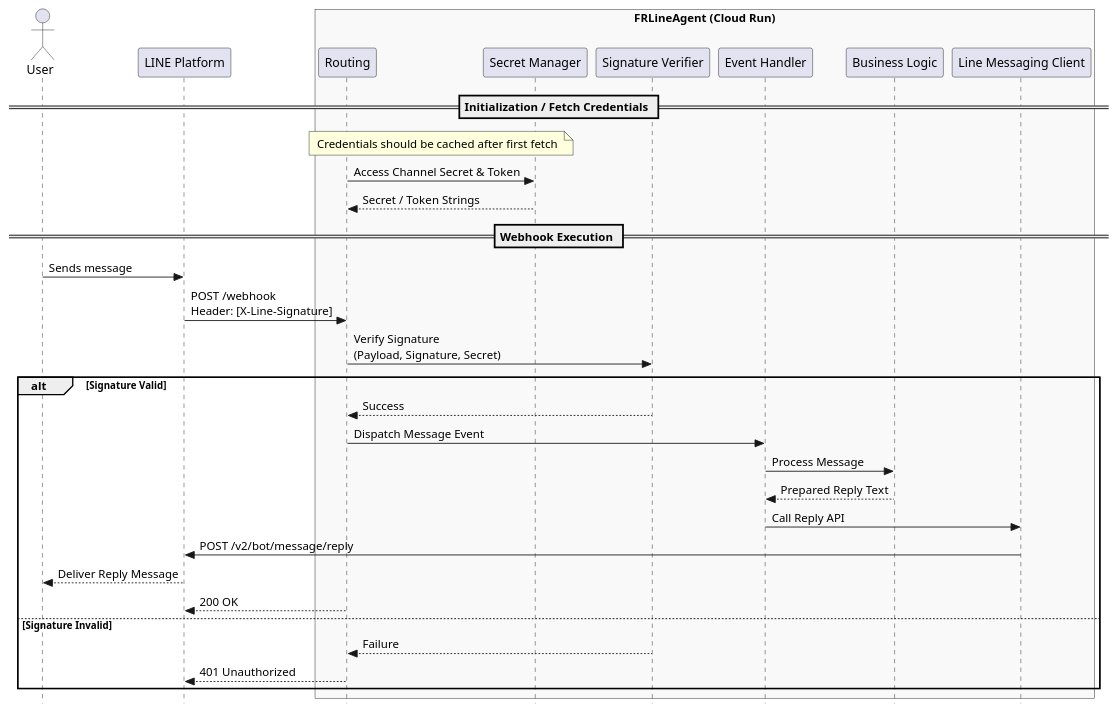
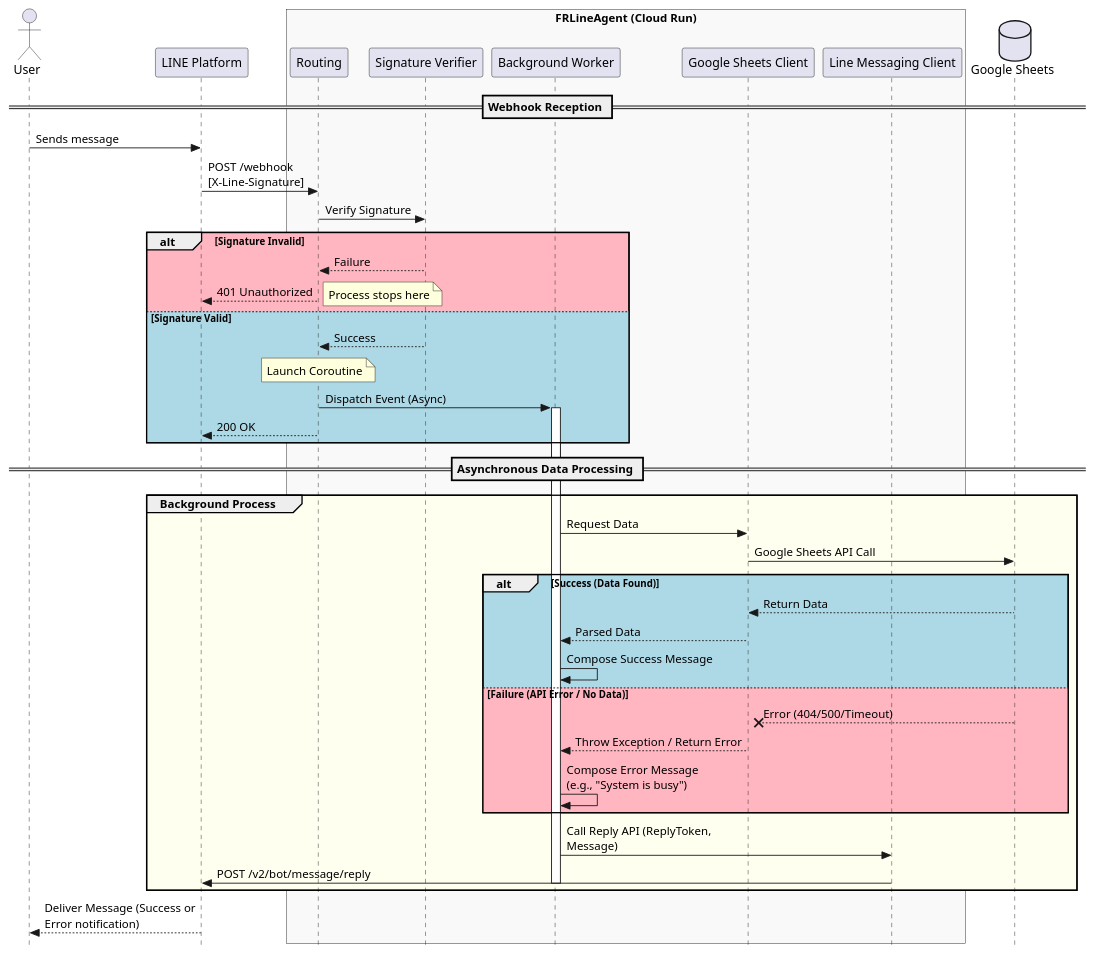
The diagram in docs/uml/sequence_webhook.md (sallyluenoa/FRLineAgent), drawn with PlantUML before and after one commit. The commit also changed 1 other file, not shown here.

Commit message:
[Feature implementation] Design UML diagrams. (#3)
* Designed the sequence diagrams in detail.

````diff
--- a/docs/uml/sequence_webhook.md
+++ b/docs/uml/sequence_webhook.md
@@ -5,46 +5,60 @@
 ```plantuml
 @startuml
 skinparam style strictuml
 skinparam MaxMessageSize 200
 
 actor User
 participant "LINE Platform" as LINE
 box "FRLineAgent (Cloud Run)" #f9f9f9
     participant Routing
-    participant "Secret Manager" as SM
     participant "Signature Verifier" as Verifier
-    participant "Event Handler" as Handler
-    participant "Business Logic" as Service
+    participant "Background Worker" as Worker
+    participant "Google Sheets Client" as Sheets
     participant "Line Messaging Client" as Client
 end box
+database "Google Sheets" as GSheets
 
-== Initialization / Fetch Credentials ==
-note over Routing, SM: Credentials should be cached after first fetch
-Routing -> SM: Access Channel Secret & Token
-SM --> Routing: Secret / Token Strings
+== Webhook Reception ==
+User -> LINE: Sends message
+LINE -> Routing: POST /webhook\n[X-Line-Signature]
 
-== Webhook Execution ==
-User -> LINE: Sends message
-LINE -> Routing: POST /webhook\nHeader: [X-Line-Signature]
-
-Routing -> Verifier: Verify Signature\n(Payload, Signature, Secret)
-
-alt Signature Valid
+Routing -> Verifier: Verify Signature
+alt #LightPink Signature Invalid
+    Verifier --> Routing: Failure
+    Routing --> LINE: 401 Unauthorized
+    note right: Process stops here
+else #LightBlue Signature Valid
     Verifier --> Routing: Success
-    Routing -> Handler: Dispatch Message Event
     
-    Handler -> Service: Process Message
-    Service --> Handler: Prepared Reply Text
-    
-    Handler -> Client: Call Reply API
-    Client -> LINE: POST /v2/bot/message/reply
-    LINE --> User: Deliver Reply Message
+    note over Routing: Launch Coroutine
+    Routing -> Worker: Dispatch Event (Async)
+    activate Worker
     
     Routing --> LINE: 200 OK
-else Signature Invalid
-    Verifier --> Routing: Failure
-    Routing --> LINE: 401 Unauthorized
+    deactivate Routing
 end
+
+== Asynchronous Data Processing ==
+group #Ivory Background Process
+    Worker -> Sheets: Request Data
+    Sheets -> GSheets: Google Sheets API Call
+    
+    alt #LightBlue Success (Data Found)
+        GSheets --> Sheets: Return Data
+        Sheets --> Worker: Parsed Data
+        Worker -> Worker: Compose Success Message
+    else #LightPink Failure (API Error / No Data)
+        GSheets --X Sheets: Error (404/500/Timeout)
+        Sheets --> Worker: Throw Exception / Return Error
+        Worker -> Worker: Compose Error Message\n(e.g., "System is busy")
+    end
+    
+    Worker -> Client: Call Reply API (ReplyToken, Message)
+    Client -> LINE: POST /v2/bot/message/reply
+    deactivate Worker
+end
+
+LINE --> User: Deliver Message (Success or Error notification)
 
 @enduml
 ```
````
